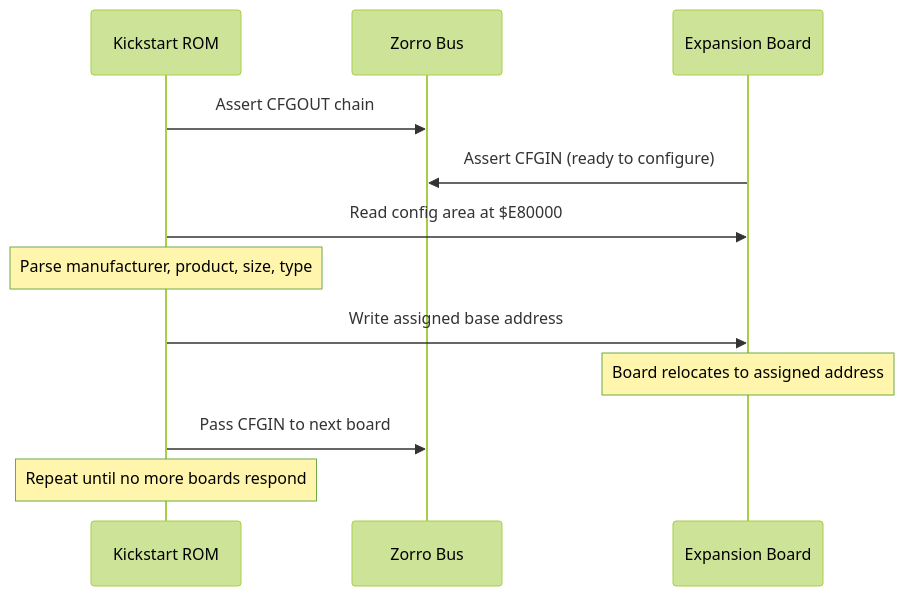
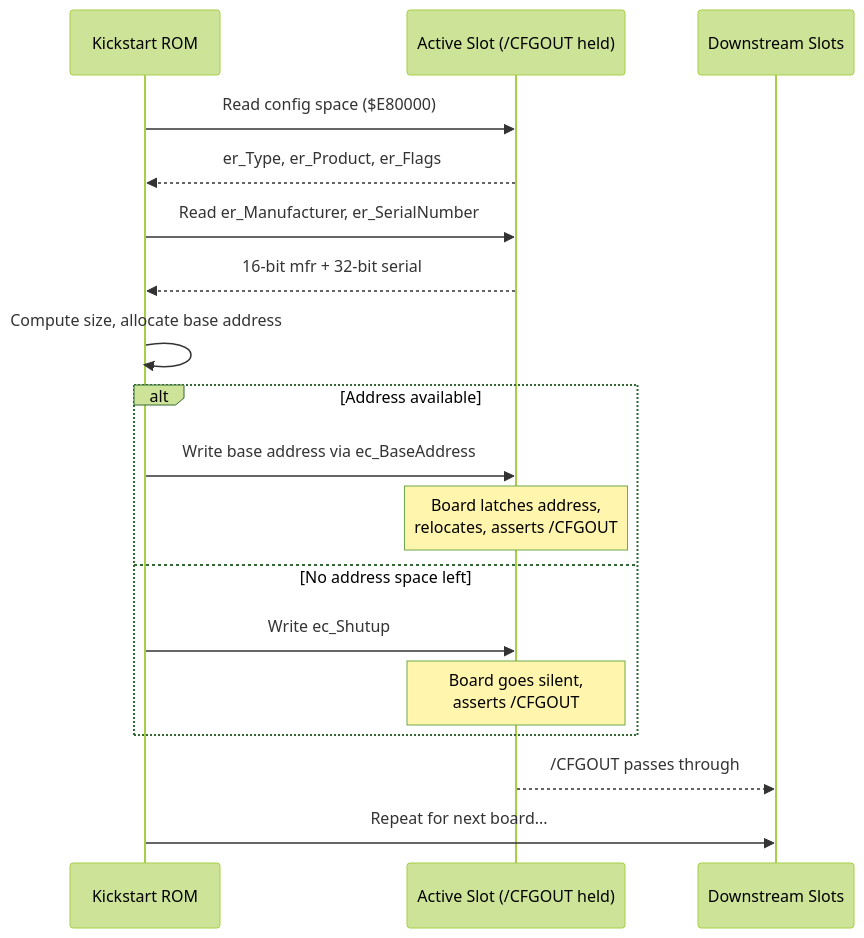
One commit to alfishe/amiga-bootcamp changed the second of 3 diagrams in 11_libraries/expansion.md. Above: the diagram before and after it, drawn with Mermaid (forest theme). The commit also changed other lines of this file and 4 other files, not shown here.

Commit message:
Autoconfig and more details about expansion library

````diff
--- a/11_libraries/expansion.md
+++ b/11_libraries/expansion.md
@@ -49,15 +63,21 @@
 ```mermaid
 sequenceDiagram
     participant ROM as Kickstart ROM
-    participant BUS as Zorro Bus
-    participant BOARD as Expansion Board
+    participant SLOT as Active Slot (/CFGOUT held)
+    participant NEXT as Downstream Slots
 
-    ROM->>BUS: Assert CFGOUT chain
-    BOARD->>BUS: Assert CFGIN (ready to configure)
-    ROM->>BOARD: Read config area at $E80000
-    Note over ROM: Parse manufacturer, product, size, type
-    ROM->>BOARD: Write assigned base address
-    Note over BOARD: Board relocates to assigned address
-    ROM->>BUS: Pass CFGIN to next board
-    Note over ROM: Repeat until no more boards respond
+    ROM->>SLOT: Read config space ($E80000)
+    SLOT-->>ROM: er_Type, er_Product, er_Flags
+    ROM->>SLOT: Read er_Manufacturer, er_SerialNumber
+    SLOT-->>ROM: 16-bit mfr + 32-bit serial
+    ROM->>ROM: Compute size, allocate base address
+    alt Address available
+        ROM->>SLOT: Write base address via ec_BaseAddress
+        Note over SLOT: Board latches address,<br/>relocates, asserts /CFGOUT
+    else No address space left
+        ROM->>SLOT: Write ec_Shutup
+        Note over SLOT: Board goes silent,<br/>asserts /CFGOUT
+    end
+    SLOT-->>NEXT: /CFGOUT passes through
+    ROM->>NEXT: Repeat for next board...
 ```
````
